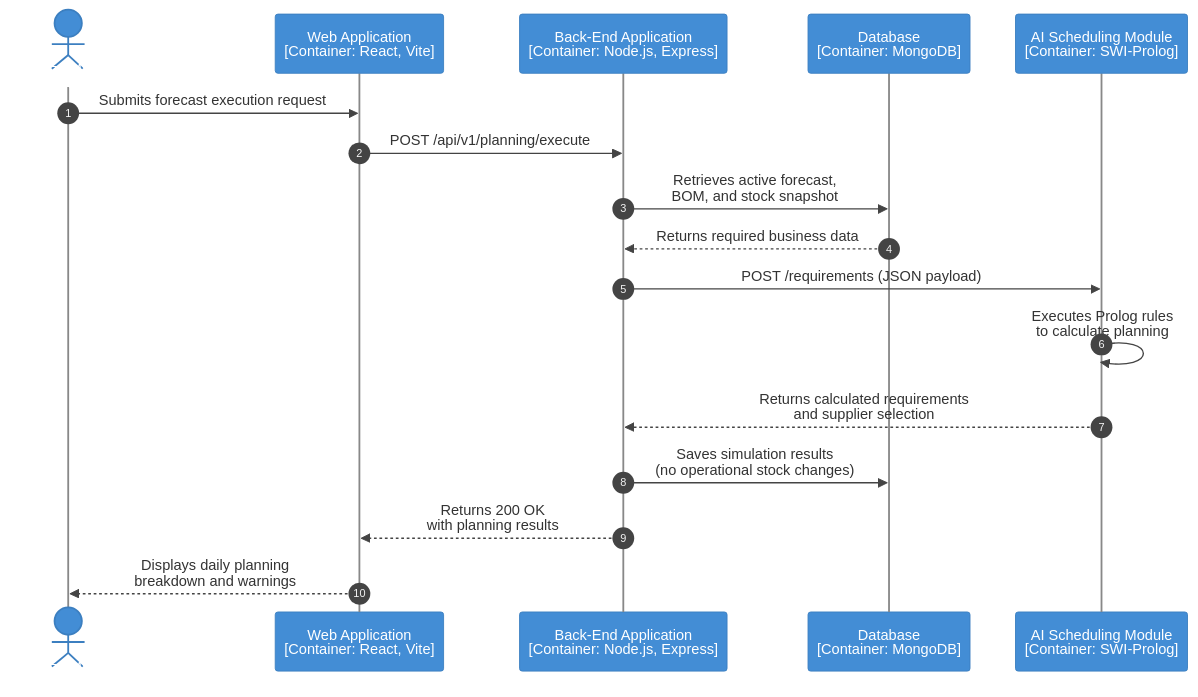
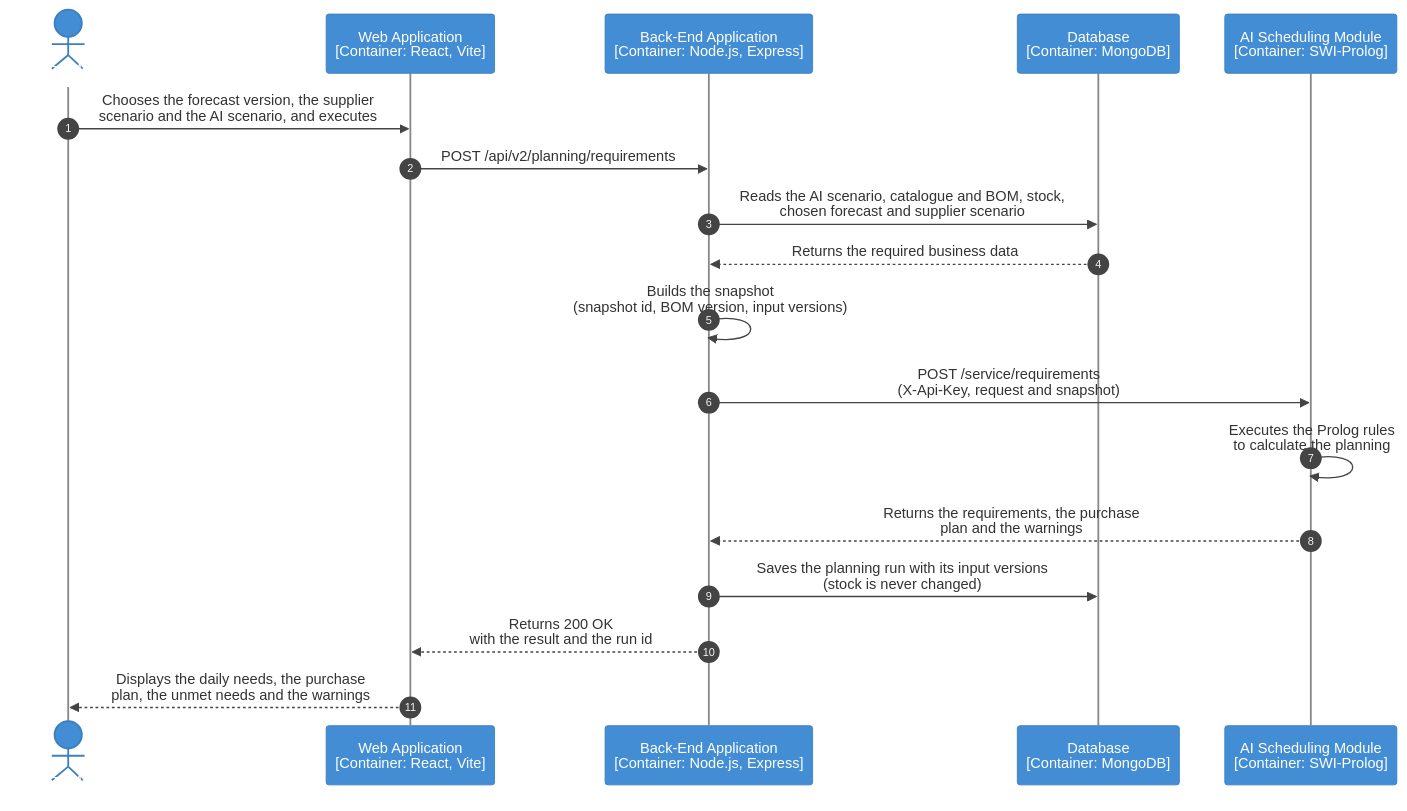
The third of 8 diagrams in docs/design/views.md (ivasduarte/laprizza), drawn with Mermaid before and after one commit. The commit also changed other lines of this file and 21 other files, not shown here.

````diff
--- a/docs/design/views.md
+++ b/docs/design/views.md
@@ -144,22 +142,23 @@
 ```mermaid
 %%{init: {'theme':'base','themeVariables':{'actorBkg':'#438dd5','actorBorder':'#3c7fc0','actorTextColor':'#ffffff','actorLineColor':'#888888','signalColor':'#444444','signalTextColor':'#333333','noteBkgColor':'#ffffff'}}}%%
 sequenceDiagram
     autonumber
 
     actor manager as LaPrizza Manager<br/>[Person]
     participant spa as Web Application<br/>[Container: React, Vite]
     participant backend as Back-End Application<br/>[Container: Node.js, Express]
     participant db as Database<br/>[Container: MongoDB]
     participant ai as AI Scheduling Module<br/>[Container: SWI-Prolog]
 
-    manager->>spa: Submits forecast execution request
-    spa->>backend: POST /api/v1/planning/execute
-    backend->>db: Retrieves active forecast,<br/>BOM, and stock snapshot
-    db-->>backend: Returns required business data
-    backend->>ai: POST /requirements (JSON payload)
-    ai->>ai: Executes Prolog rules<br/>to calculate planning
-    ai-->>backend: Returns calculated requirements<br/>and supplier selection
-    backend->>db: Saves simulation results<br/>(no operational stock changes)
-    backend-->>spa: Returns 200 OK<br/>with planning results
-    spa-->>manager: Displays daily planning<br/>breakdown and warnings
+    manager->>spa: Chooses the forecast version, the supplier<br/>scenario and the AI scenario, and executes
+    spa->>backend: POST /api/v2/planning/requirements
+    backend->>db: Reads the AI scenario, catalogue and BOM, stock,<br/>chosen forecast and supplier scenario
+    db-->>backend: Returns the required business data
+    backend->>backend: Builds the snapshot<br/>(snapshot id, BOM version, input versions)
+    backend->>ai: POST /service/requirements<br/>(X-Api-Key, request and snapshot)
+    ai->>ai: Executes the Prolog rules<br/>to calculate the planning
+    ai-->>backend: Returns the requirements, the purchase<br/>plan and the warnings
+    backend->>db: Saves the planning run with its input versions<br/>(stock is never changed)
+    backend-->>spa: Returns 200 OK<br/>with the result and the run id
+    spa-->>manager: Displays the daily needs, the purchase<br/>plan, the unmet needs and the warnings
 ```
````
